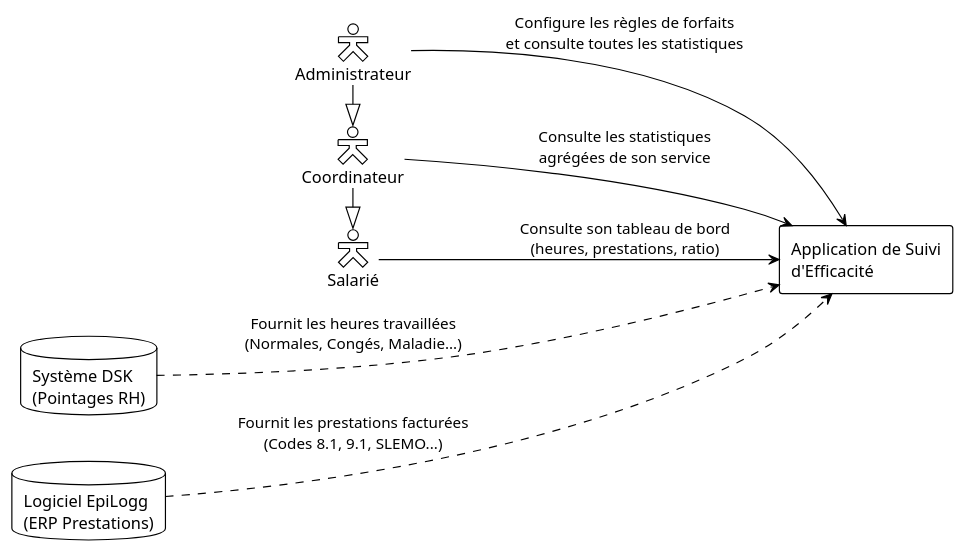
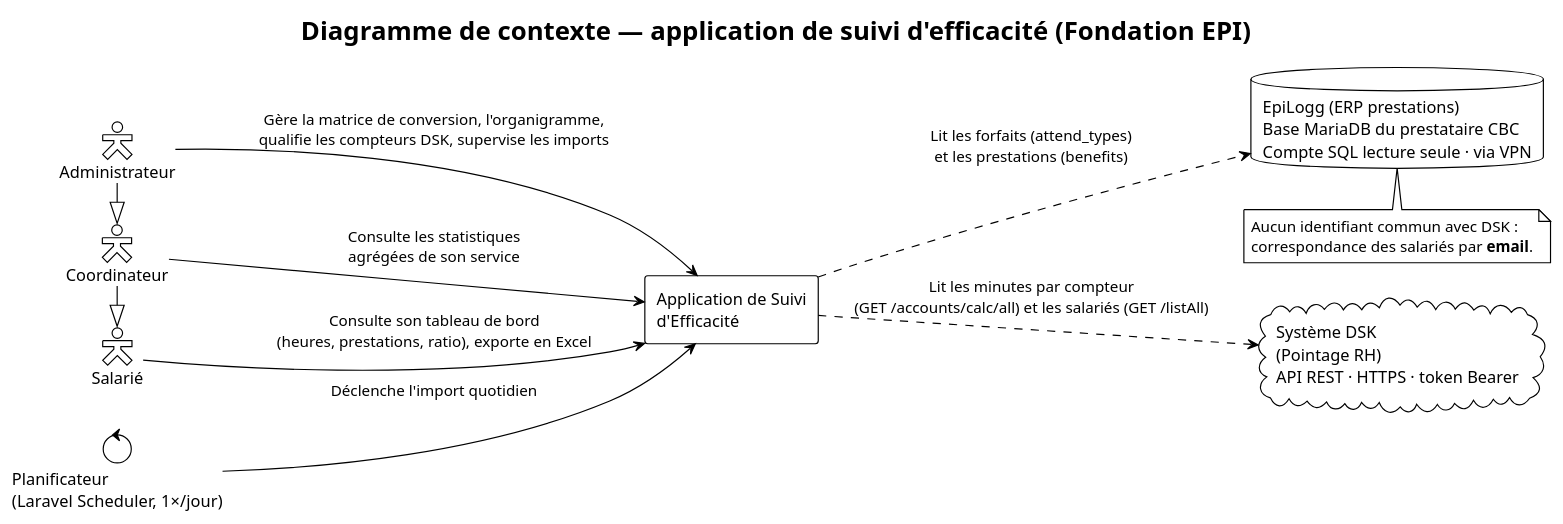
The diagram in diagramme_de_contexte.md (midjix/plantuml), drawn with PlantUML before and after one commit. The commit also changed 12 other files, not shown here.

First line of the commit message:
docs(uml): align diagrams with validated business rules and source access

````diff
--- a/diagramme_de_contexte.md
+++ b/diagramme_de_contexte.md
@@ -1,35 +1,46 @@
 ```plantuml
 @startuml
 !theme plain
 left to right direction
 skinparam packageStyle rectangle
 skinparam actorStyle hollow
 
-' --- Acteurs Humains ---
+title Diagramme de contexte — application de suivi d'efficacité (Fondation EPI)
+
+' --- Acteurs humains ---
 actor "Salarié" as sal
 actor "Coordinateur" as coord
 actor "Administrateur" as admin
 
-' Déclaration de l'héritage
+' Héritage de droits
 coord -|> sal
 admin -|> coord
 
-' --- Systèmes Externes ---
-database "Système DSK\n(Pointages RH)" as dsk
-database "Logiciel EpiLogg\n(ERP Prestations)" as epilogg
+' --- Acteur technique ---
+control "Planificateur\n(Laravel Scheduler, 1×/jour)" as cron
 
-' --- Le Système Principal ---
+' --- Systèmes externes (LECTURE SEULE) ---
+cloud "Système DSK\n(Pointage RH)\nAPI REST · HTTPS · token Bearer" as dsk
+database "EpiLogg (ERP prestations)\nBase MariaDB du prestataire CBC\nCompte SQL lecture seule · via VPN" as epilogg
+
+' --- Le système ---
 rectangle "Application de Suivi\nd'Efficacité" as app {
 }
 
-' --- Interactions Acteurs <-> Système ---
-sal --> app : Consulte son tableau de bord\n(heures, prestations, ratio)
+' --- Interactions acteurs <-> système ---
+sal --> app : Consulte son tableau de bord\n(heures, prestations, ratio), exporte en Excel
 coord --> app : Consulte les statistiques\nagrégées de son service
-admin --> app : Configure les règles de forfaits\net consulte toutes les statistiques
+admin --> app : Gère la matrice de conversion, l'organigramme,\nqualifie les compteurs DSK, supervise les imports
+cron --> app : Déclenche l'import quotidien
 
-' --- Interactions Systèmes <-> Système ---
-dsk ...> app : Fournit les heures travaillées\n(Normales, Congés, Maladie...)
-epilogg ...> app : Fournit les prestations facturées\n(Codes 8.1, 9.1, SLEMO...)
+' --- Interactions système <-> systèmes externes ---
+app ..> dsk : Lit les minutes par compteur\n(GET /accounts/calc/all) et les salariés (GET /listAll)
+app ..> epilogg : Lit les forfaits (attend_types)\net les prestations (benefits)
+
+note bottom of epilogg
+  Aucun identifiant commun avec DSK :
+  correspondance des salariés par **email**.
+end note
 
 @enduml
-``` 
+```
````
